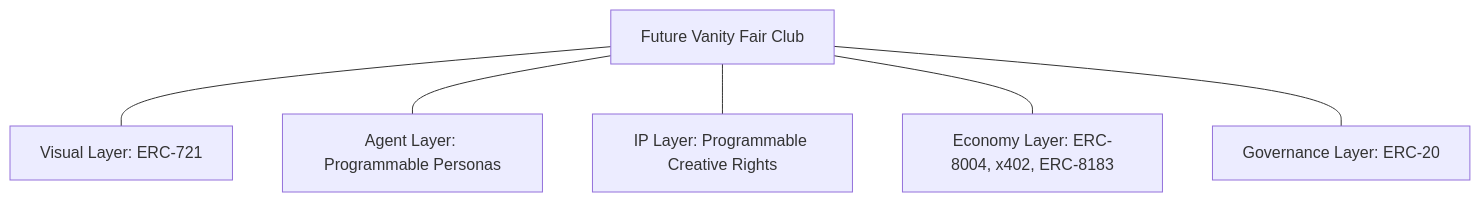
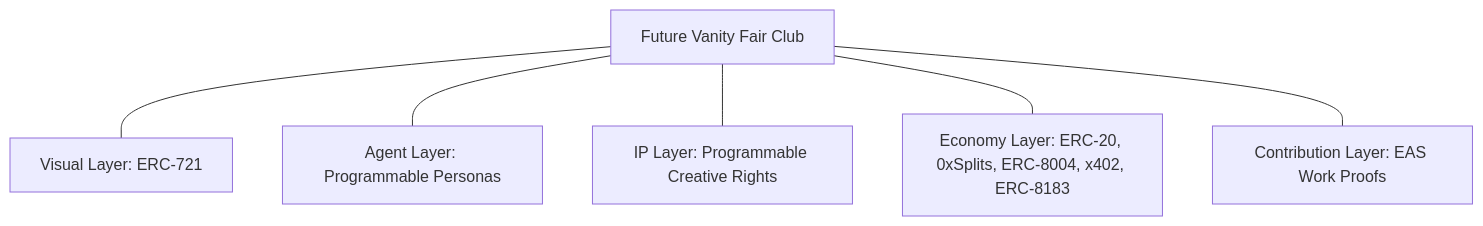
The diagram in README.md (futurevanityfairclub/futurevanityfairclub), drawn with Mermaid before and after one commit. The commit also changed other lines of this file, not shown here.

Commit message:
docs: align architecture framework and verified contributions copy

````diff
--- a/README.md
+++ b/README.md
@@ -40,9 +40,9 @@
 ```mermaid
 graph TD
     FVFC[Future Vanity Fair Club]
     FVFC --- A[Visual Layer: ERC-721]
     FVFC --- B[Agent Layer: Programmable Personas]
     FVFC --- C[IP Layer: Programmable Creative Rights]
-    FVFC --- D[Economy Layer: ERC-8004, x402, ERC-8183]
-    FVFC --- E[Governance Layer: ERC-20]
+    FVFC --- D[Economy Layer: ERC-20, 0xSplits, ERC-8004, x402, ERC-8183]
+    FVFC --- E[Contribution Layer: EAS Work Proofs]
 ```
````
